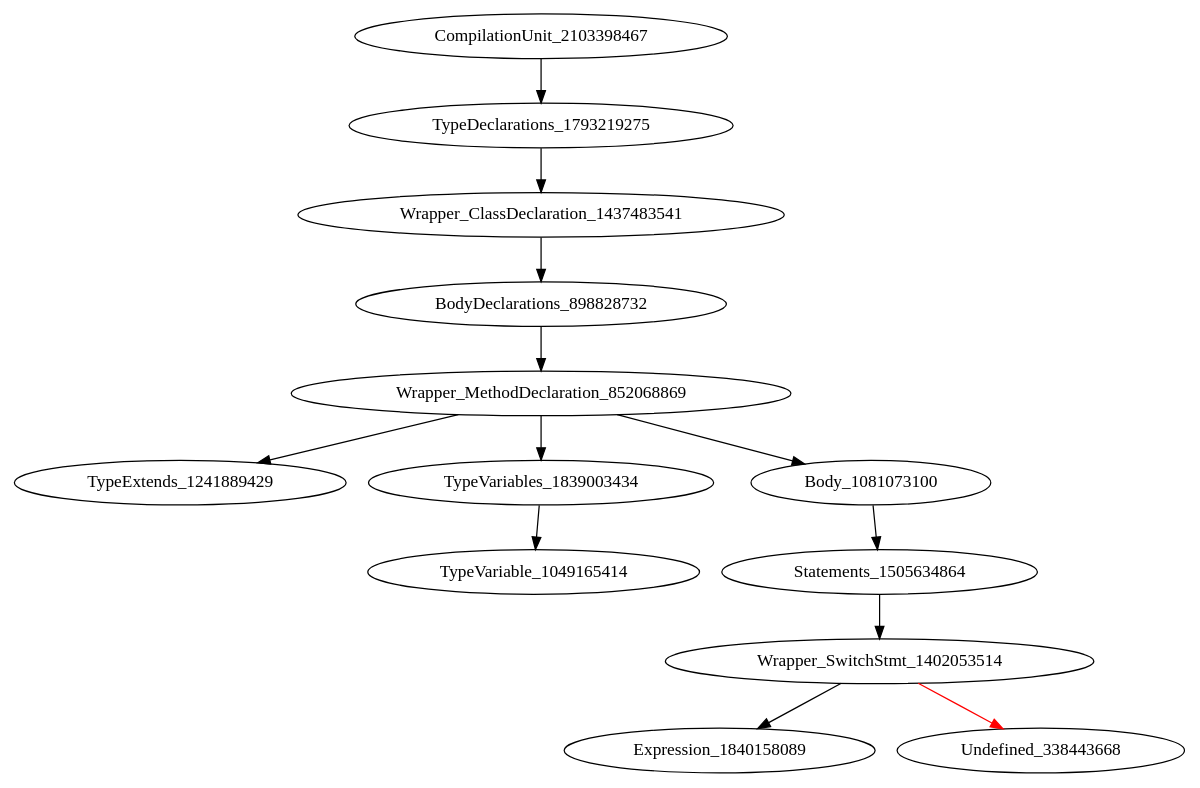
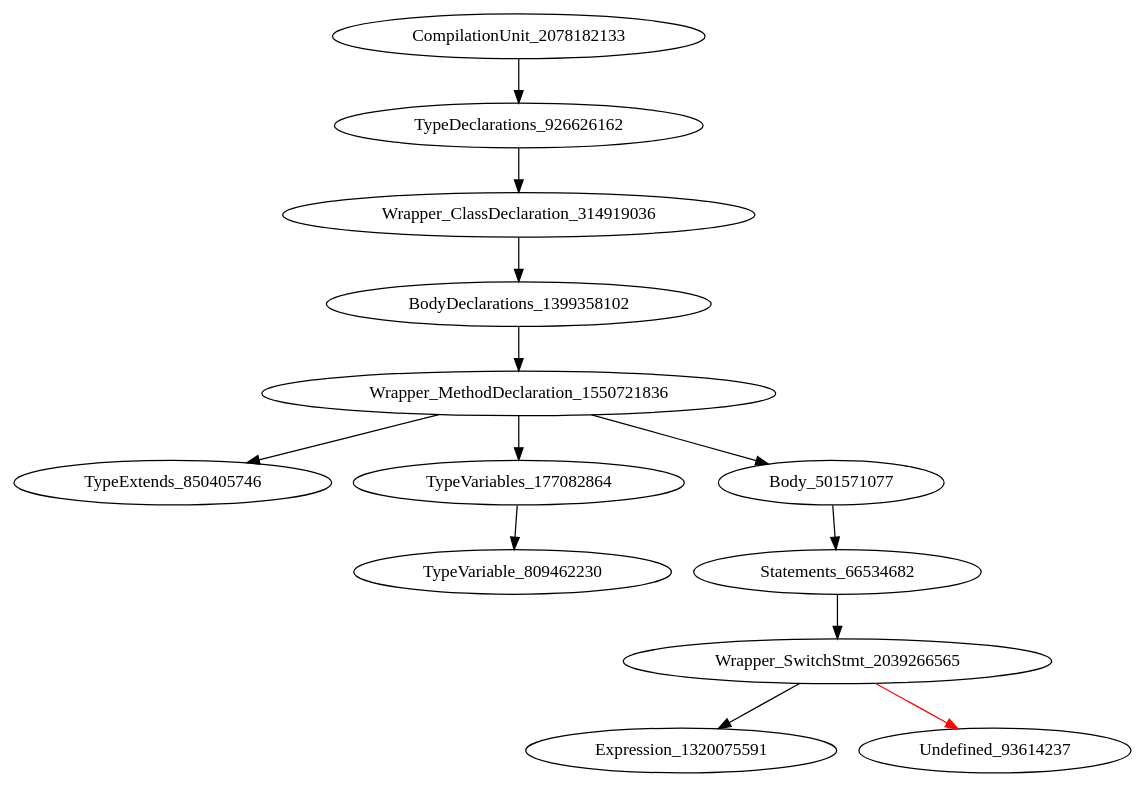
Before and after one commit to icse2023material/VoiceJava: the diagram in holeAST.dot, drawn with Graphviz. The commit also changed 138 other files, not shown here.

```diff
--- a/holeAST.dot
+++ b/holeAST.dot
@@ -1,14 +1,14 @@
 digraph {
-CompilationUnit_2103398467 -> TypeDeclarations_1793219275
-TypeDeclarations_1793219275 -> Wrapper_ClassDeclaration_1437483541
-Wrapper_ClassDeclaration_1437483541 -> BodyDeclarations_898828732
-BodyDeclarations_898828732 -> Wrapper_MethodDeclaration_852068869
-Wrapper_MethodDeclaration_852068869 -> TypeExtends_1241889429
-Wrapper_MethodDeclaration_852068869 -> TypeVariables_1839003434
-Wrapper_MethodDeclaration_852068869 -> Body_1081073100
-TypeVariables_1839003434 -> TypeVariable_1049165414
-Body_1081073100 -> Statements_1505634864
-Statements_1505634864 -> Wrapper_SwitchStmt_1402053514
-Wrapper_SwitchStmt_1402053514 -> Expression_1840158089
-Wrapper_SwitchStmt_1402053514 -> Undefined_338443668 [color = red] 
+CompilationUnit_2078182133 -> TypeDeclarations_926626162
+TypeDeclarations_926626162 -> Wrapper_ClassDeclaration_314919036
+Wrapper_ClassDeclaration_314919036 -> BodyDeclarations_1399358102
+BodyDeclarations_1399358102 -> Wrapper_MethodDeclaration_1550721836
+Wrapper_MethodDeclaration_1550721836 -> TypeExtends_850405746
+Wrapper_MethodDeclaration_1550721836 -> TypeVariables_177082864
+Wrapper_MethodDeclaration_1550721836 -> Body_501571077
+TypeVariables_177082864 -> TypeVariable_809462230
+Body_501571077 -> Statements_66534682
+Statements_66534682 -> Wrapper_SwitchStmt_2039266565
+Wrapper_SwitchStmt_2039266565 -> Expression_1320075591
+Wrapper_SwitchStmt_2039266565 -> Undefined_93614237 [color = red] 
 }
```
